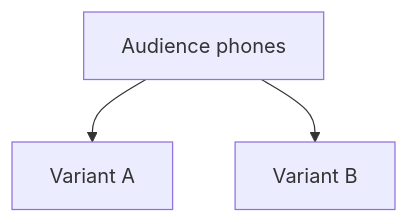
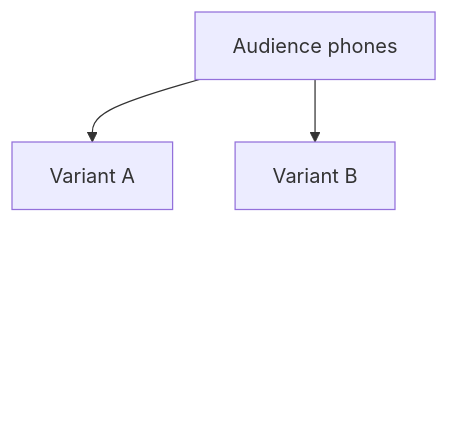
One commit to ThomasVitale/kubecon-2026-gitops changed the fourth of 7 diagrams in slides/index.qmd. Above: the diagram before and after it, drawn with Mermaid. The commit also changed other lines of this file, not shown here.

Commit message:
style(prd-4): stabilize Scene 2 architecture diagram layout
- All 4 progressive slides now use the full diagram with invisible
  placeholder nodes (fill:none, stroke:none, linkStyle stroke:none)
- Diagram layout stays identical across all slides — no rescaling
- Nodes and edges appear in place as they're revealed
- Fixes bottom cutoff caused by diagram growing between slides

````diff
--- a/slides/index.qmd
+++ b/slides/index.qmd
@@ -158,7 +158,16 @@
 ```{mermaid}
 %%| fig-width: 10
 flowchart TB
   audience["Audience phones"]
   audience --> va["Variant A"]
   audience --> vb["Variant B"]
+  va & vb -->|" "| collector[" "]
+  collector -->|" "| platform[" "]
+  platform -.->|" "| audience
+  style collector fill:none,stroke:none
+  style platform fill:none,stroke:none
+  linkStyle 2 stroke:none
+  linkStyle 3 stroke:none
+  linkStyle 4 stroke:none
+  linkStyle 5 stroke:none
 ```
````
